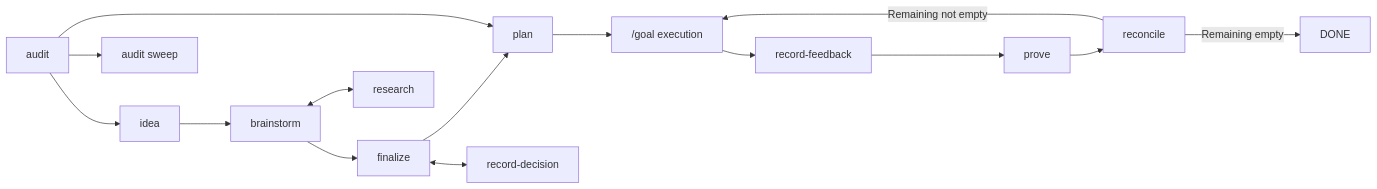
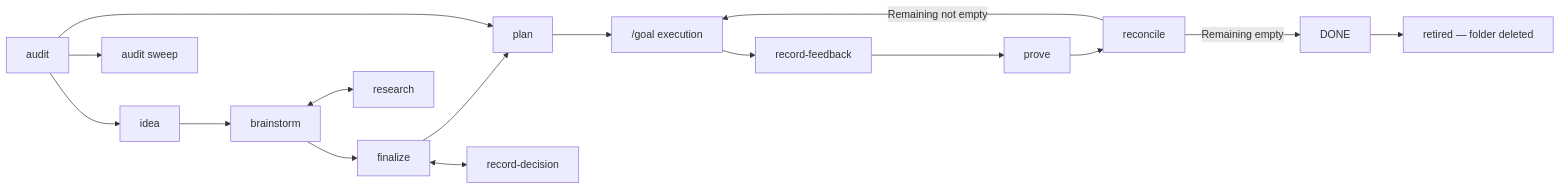
One commit to tailrocks/tailrocks-skills changed the second of 2 diagrams in docs/content/docs/choosing.mdx. Above: the diagram before and after it, drawn with Mermaid. The commit also changed other lines of this file and 70 other files, not shown here.

````diff
--- a/docs/content/docs/choosing.mdx
+++ b/docs/content/docs/choosing.mdx
@@ -276,11 +276,11 @@
 ```mermaid
 flowchart LR
   audit --> idea --> brainstorm --> finalize --> plan --> exec["/goal execution"]
   exec --> feedback["record-feedback"] --> prove --> reconcile
   reconcile -->|Remaining not empty| exec
-  reconcile -->|Remaining empty| done["DONE"]
+  reconcile -->|Remaining empty| done["DONE"] --> retire["retired — folder deleted"]
   audit --> plan
   audit --> sweep["audit sweep"]
   brainstorm <--> research
   finalize <--> decision["record-decision"]
 ```
````
